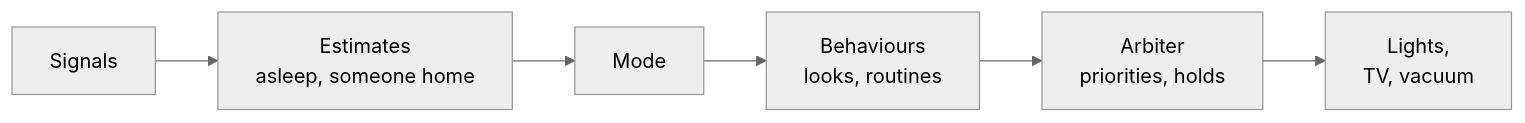
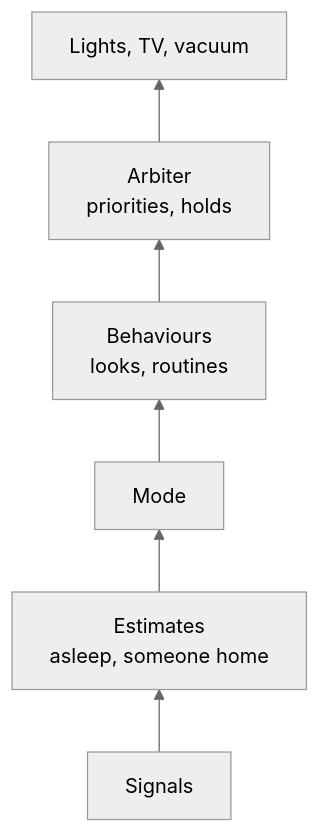
Before and after one commit to SettlingAbyss96/fosters-home-hub: the second of 2 diagrams in README.md, drawn with Mermaid (neutral theme). The commit also changed other lines of this file and 4 other files, not shown here.

First line of the commit message:
Flowcharts: no overlapping labels, nothing under GitHub's zoom buttons

````diff
--- a/README.md
+++ b/README.md
@@ -78,6 +77,6 @@
 ```mermaid
-flowchart LR
+flowchart BT
     S[Signals] --> E[Estimates<br/>asleep, someone home]
     E --> M[Mode] --> B[Behaviours<br/>looks, routines]
-    B --> G[Arbiter<br/>priorities, holds] --> A[Lights,<br/>TV, vacuum]
+    B --> G[Arbiter<br/>priorities, holds] --> A[Lights, TV, vacuum]
 ```
````
